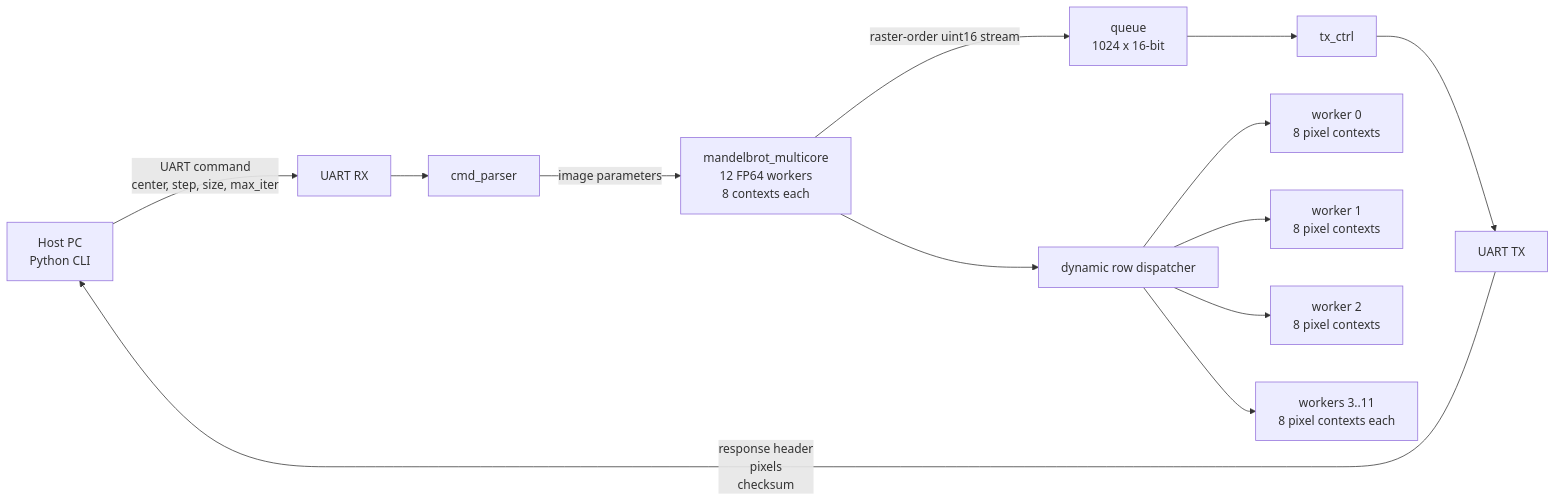
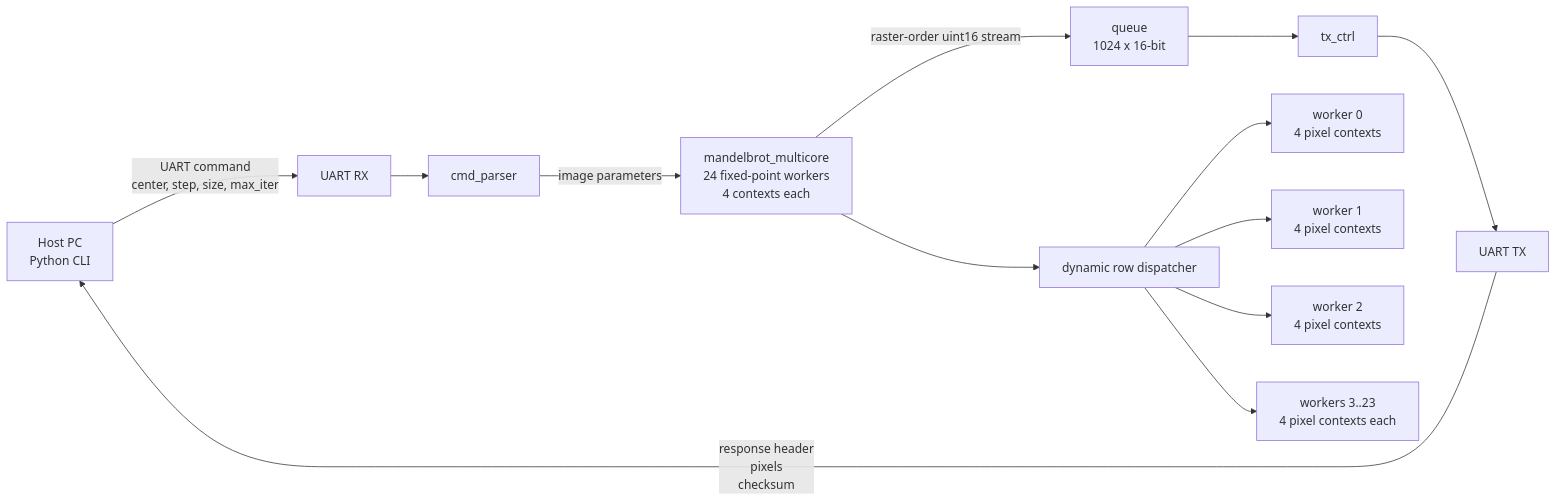
The first of 3 diagrams in README.md (RESBI/FPGA-Mandelbrot-Demo), drawn with Mermaid before and after one commit. The commit also changed other lines of this file and 24 other files, not shown here.

First line of the commit message:
Implement fixed-point Q8.55 redesign: 24-worker fx64 engine

````diff
--- a/README.md
+++ b/README.md
@@ -118,16 +137,16 @@
 ```mermaid
 flowchart LR
     PC[Host PC<br/>Python CLI] -->|UART command<br/>center, step, size, max_iter| RX[UART RX]
     RX --> Parser[cmd_parser]
-    Parser -->|image parameters| Core[mandelbrot_multicore<br/>12 FP64 workers<br/>8 contexts each]
+    Parser -->|image parameters| Core[mandelbrot_multicore<br/>24 fixed-point workers<br/>4 contexts each]
     Core -->|raster-order uint16 stream| FIFO[queue<br/>1024 x 16-bit]
     FIFO --> TXC[tx_ctrl]
     TXC --> TX[UART TX]
     TX -->|response header<br/>pixels<br/>checksum| PC
 
     Core --> SCHED[dynamic row dispatcher]
-    SCHED --> W0[worker 0<br/>8 pixel contexts]
-    SCHED --> W1[worker 1<br/>8 pixel contexts]
-    SCHED --> W2[worker 2<br/>8 pixel contexts]
-    SCHED --> WN[workers 3..11<br/>8 pixel contexts each]
+    SCHED --> W0[worker 0<br/>4 pixel contexts]
+    SCHED --> W1[worker 1<br/>4 pixel contexts]
+    SCHED --> W2[worker 2<br/>4 pixel contexts]
+    SCHED --> WN[workers 3..23<br/>4 pixel contexts each]
 ```
````
